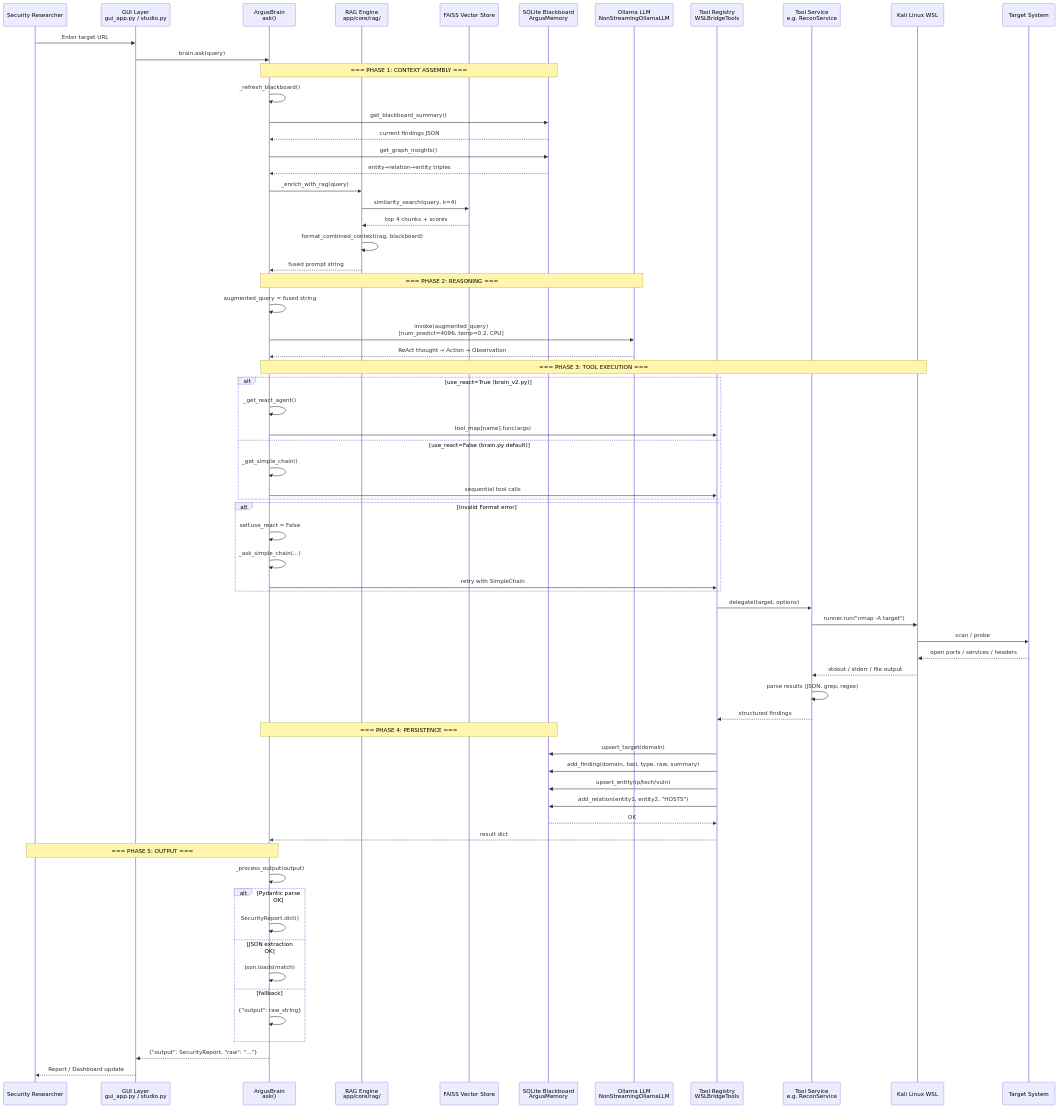
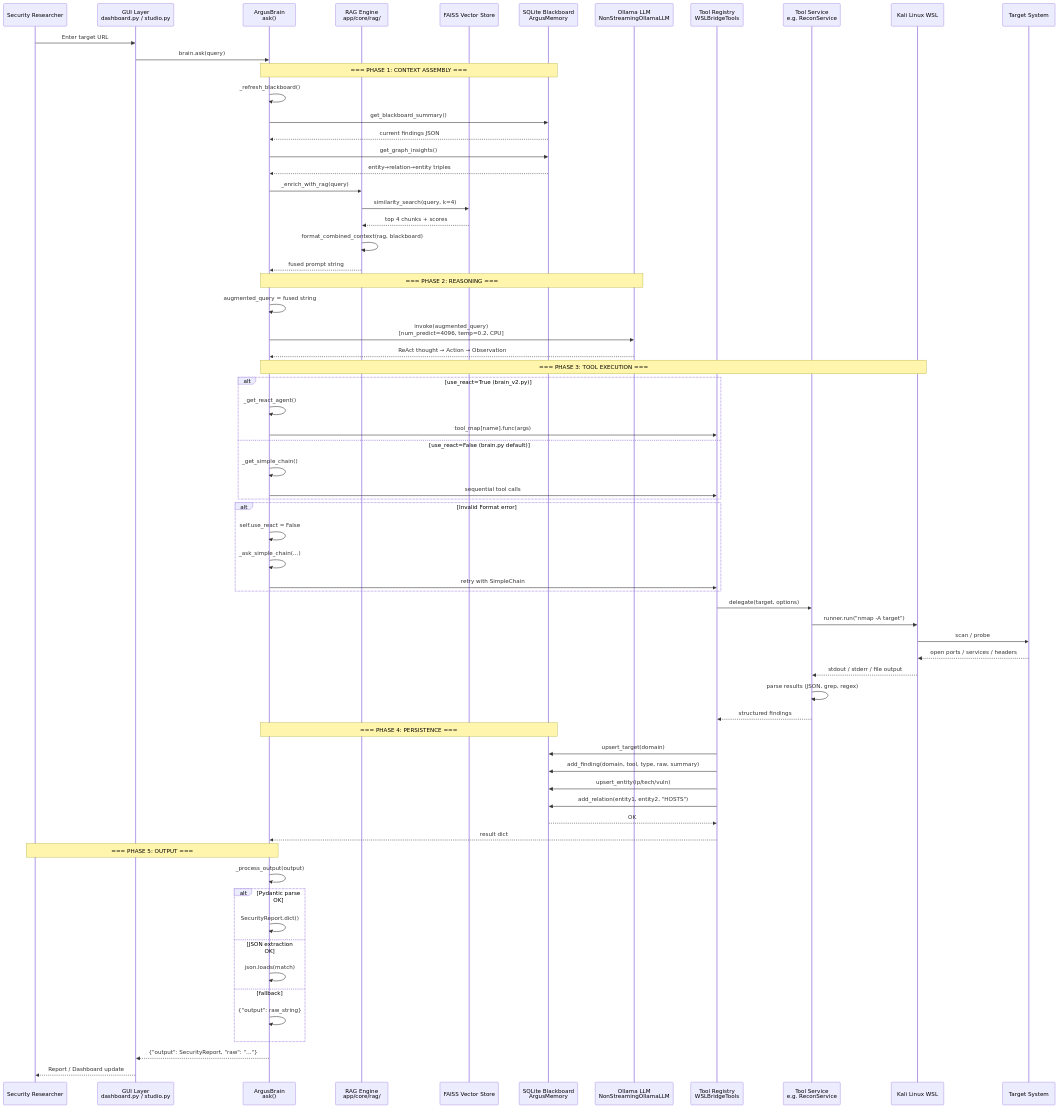
One commit to PhilopaterSh/Argus-Digilians changed the fourth of 6 diagrams in docs/ARGUS_FRAMEWORK_ARCHITECTURE_v2.md. Above: the diagram before and after it, drawn with Mermaid. The commit also changed other lines of this file and 6 other files, not shown here.

First line of the commit message:
docs: sync CHANGELOG, architecture audit report, and documentation index

````diff
--- a/docs/ARGUS_FRAMEWORK_ARCHITECTURE_v2.md
+++ b/docs/ARGUS_FRAMEWORK_ARCHITECTURE_v2.md
@@ -291,7 +291,7 @@
 ```mermaid
 sequenceDiagram
     participant User as Security Researcher
-    participant GUI as GUI Layer<br/>gui_app.py / studio.py
+    participant GUI as GUI Layer<br/>dashboard.py / studio.py
     participant Brain as ArgusBrain<br/>ask()
     participant RAG as RAG Engine<br/>app/core/rag/
     participant FAISS as FAISS Vector Store
````
